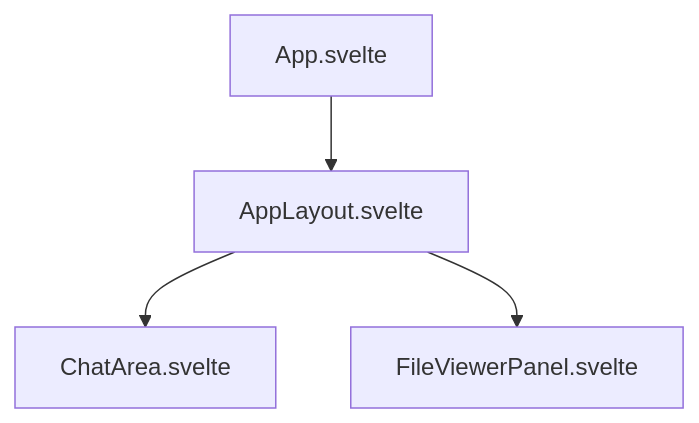
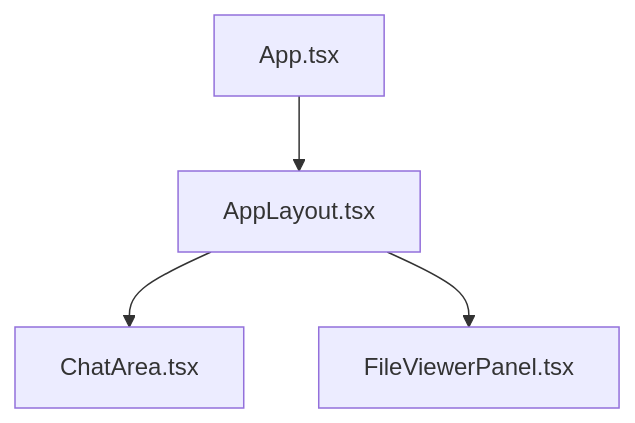
Before and after one commit to v0lka/c0wrk: the fourth of 7 diagrams in .qoder/repowiki/en/content/Architecture/Frontend Application Architecture.md, drawn with Mermaid. The commit also changed other lines of this file and 13 other files, not shown here.

````diff
--- a/.qoder/repowiki/en/content/Architecture/Frontend Application Architecture.md
+++ b/.qoder/repowiki/en/content/Architecture/Frontend Application Architecture.md
@@ -289,10 +302,10 @@
 ```mermaid
 graph TB
-App["App.svelte"]
-AppLayout["AppLayout.svelte"]
-ChatArea["ChatArea.svelte"]
-FileViewerPanel["FileViewerPanel.svelte"]
+App["App.tsx"]
+AppLayout["AppLayout.tsx"]
+ChatArea["ChatArea.tsx"]
+FileViewerPanel["FileViewerPanel.tsx"]
 App --> AppLayout
 AppLayout --> ChatArea
 AppLayout --> FileViewerPanel
 ```
````
